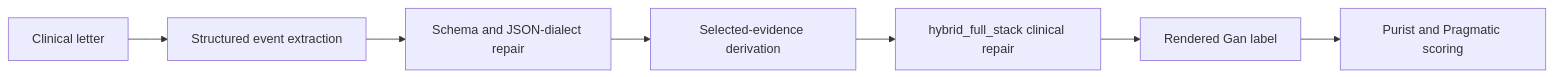
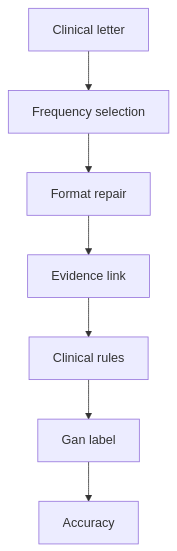
The second of 2 diagrams in docs/research/six_model_comparison_report_2026-07-18.md (cbrown564-alt/clinical_extraction), drawn with Mermaid before and after one commit. The commit also changed other lines of this file and 285 other files, not shown here.

Commit message:
Refactor clinical extraction workflows and project artifacts

````diff
--- a/docs/research/six_model_comparison_report_2026-07-18.md
+++ b/docs/research/six_model_comparison_report_2026-07-18.md
@@ -85,9 +126,9 @@
 ```mermaid
-flowchart LR
-    A[Clinical letter] --> B[Structured event extraction]
-    B --> C[Schema and JSON-dialect repair]
-    C --> D[Selected-evidence derivation]
-    D --> E[hybrid_full_stack clinical repair]
-    E --> F[Rendered Gan label]
-    F --> G[Purist and Pragmatic scoring]
+flowchart TD
+    A[Clinical letter] --> B[Frequency selection]
+    B --> C[Format repair]
+    C --> D[Evidence link]
+    D --> E[Clinical rules]
+    E --> F[Gan label]
+    F --> G[Accuracy]
 ```
````
